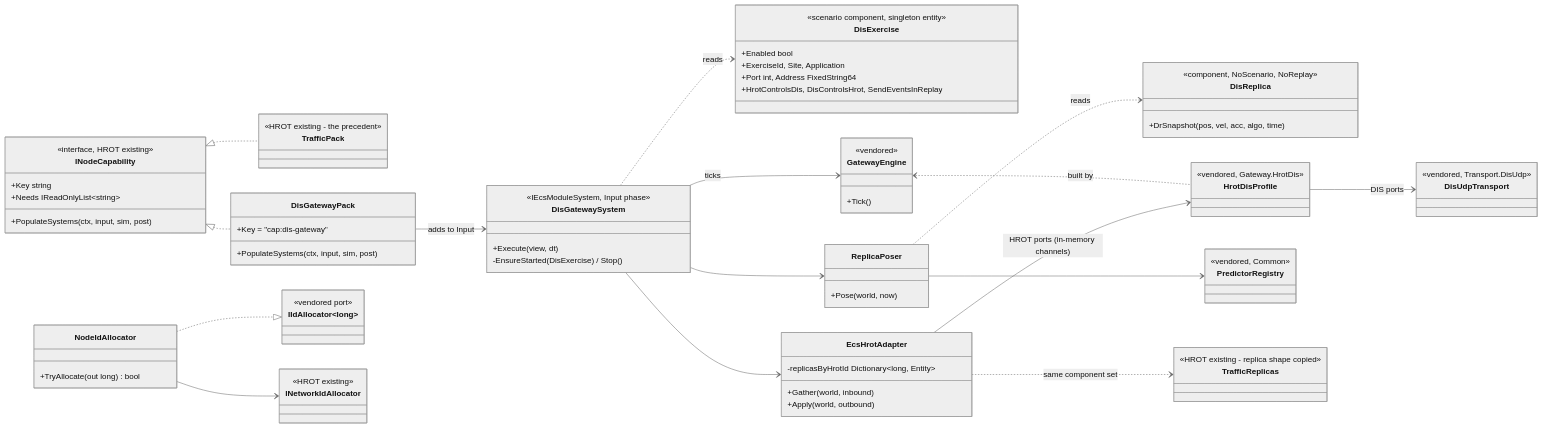
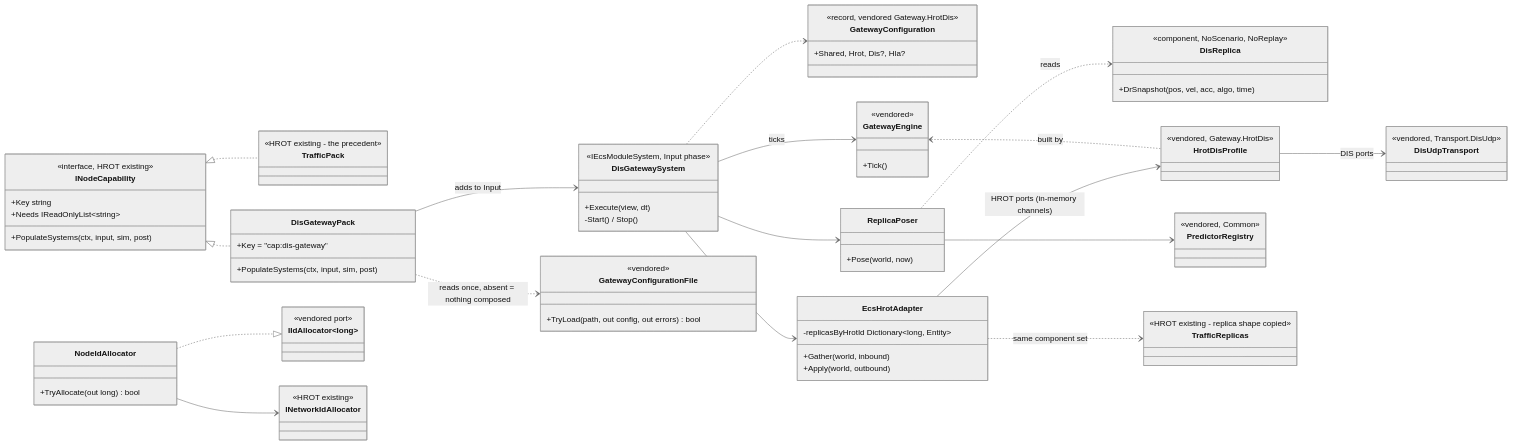
Before and after one commit to pjanec/SimNetGateway: the second of 7 diagrams in docs/design/DD-007-Hrot-Dis-Pack.md, drawn with Mermaid (neutral theme). The commit also changed other lines of this file and 6 other files, not shown here.

First line of the commit message:
T-020, T-021: decisions recorded - R-092 .. R-113 (DD-007 P-69/70/72-76, P-71 replaced by the user's config-file ruling R-094, DD-008 P-77 .. P-86, DD-001 P-41/43/45, DD-002 P-47); DD-007 section 3a configuration file, P-87; R-054 limited; T-022, T-023 opened

```diff
--- a/docs/design/DD-007-Hrot-Dis-Pack.md
+++ b/docs/design/DD-007-Hrot-Dis-Pack.md
@@ -166,14 +197,15 @@
     class DisGatewaySystem {
         <<IEcsModuleSystem, Input phase>>
         +Execute(view, dt)
-        -EnsureStarted(DisExercise) / Stop()
+        -Start() / Stop()
     }
-    class DisExercise {
-        <<scenario component, singleton entity>>
-        +Enabled bool
-        +ExerciseId, Site, Application
-        +Port int, Address FixedString64
-        +HrotControlsDis, DisControlsHrot, SendEventsInReplay
+    class GatewayConfiguration {
+        <<record, vendored Gateway.HrotDis>>
+        +Shared, Hrot, Dis?, Hla?
+    }
+    class GatewayConfigurationFile {
+        <<vendored>>
+        +TryLoad(path, out config, out errors) bool
     }
     class EcsHrotAdapter {
         +Gather(world, inbound)
@@ -218,7 +250,8 @@
     DisGatewaySystem --> EcsHrotAdapter
     DisGatewaySystem --> ReplicaPoser
     DisGatewaySystem --> GatewayEngine : ticks
-    DisGatewaySystem ..> DisExercise : reads
+    DisGatewayPack ..> GatewayConfigurationFile : reads once, absent = nothing composed
+    DisGatewaySystem ..> GatewayConfiguration
     GatewayEngine <.. HrotDisProfile : built by
     HrotDisProfile --> DisUdpTransport : DIS ports
     EcsHrotAdapter --> HrotDisProfile : HROT ports (in-memory channels)
```
